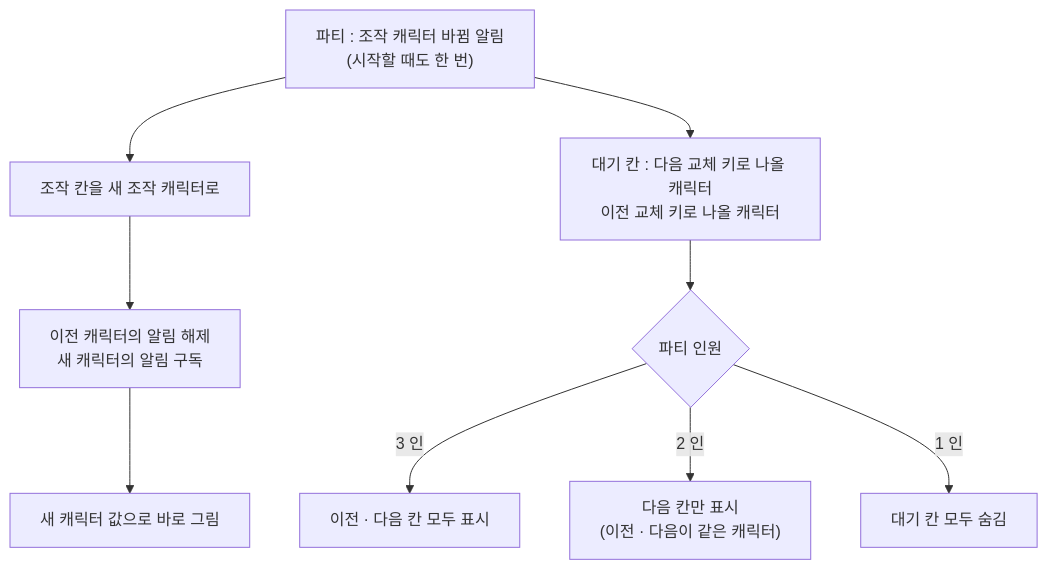
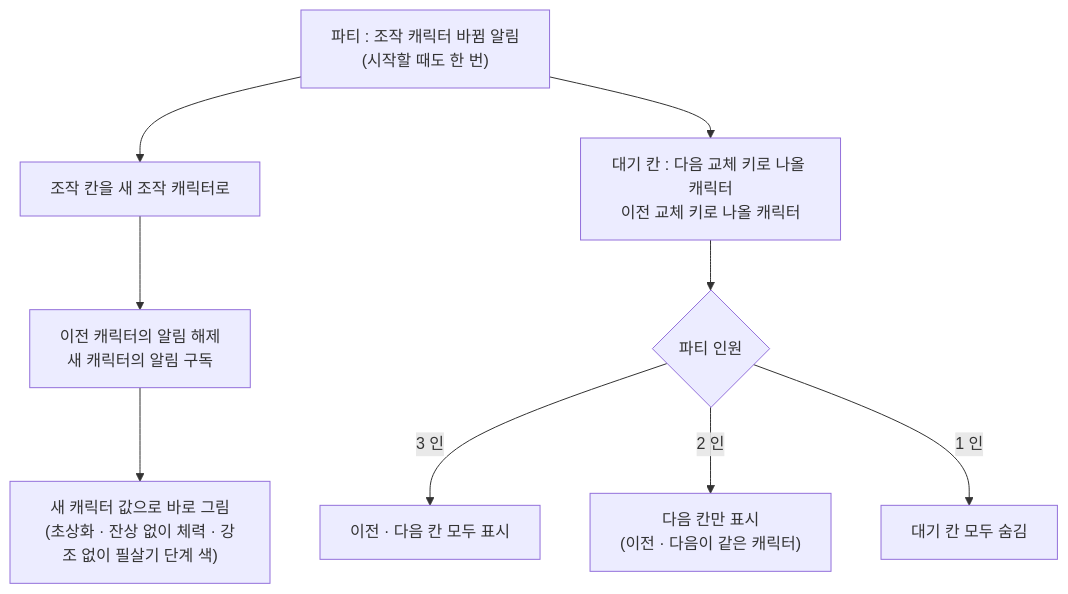
Before and after one commit to SquashPrince/Develrocket_mp15_HHH: the second of 5 diagrams in Docs/Technical/UI/BattleHud.md, drawn with Mermaid. The commit also changed other lines of this file and 2 other files, not shown here.

````diff
--- a/Docs/Technical/UI/BattleHud.md
+++ b/Docs/Technical/UI/BattleHud.md
@@ -43,11 +48,11 @@
 ```mermaid
 flowchart TD
     A["파티 : 조작 캐릭터 바뀜 알림<br>(시작할 때도 한 번)"] --> B["조작 칸을 새 조작 캐릭터로"]
     B --> C["이전 캐릭터의 알림 해제<br>새 캐릭터의 알림 구독"]
-    C --> D["새 캐릭터 값으로 바로 그림"]
+    C --> D["새 캐릭터 값으로 바로 그림<br>(초상화 · 잔상 없이 체력 · 강조 없이 필살기 단계 색)"]
     A --> E["대기 칸 : 다음 교체 키로 나올 캐릭터<br>이전 교체 키로 나올 캐릭터"]
     E --> F{"파티 인원"}
     F -->|"3 인"| G["이전 · 다음 칸 모두 표시"]
     F -->|"2 인"| H["다음 칸만 표시<br>(이전 · 다음이 같은 캐릭터)"]
     F -->|"1 인"| I["대기 칸 모두 숨김"]
 ```
````
